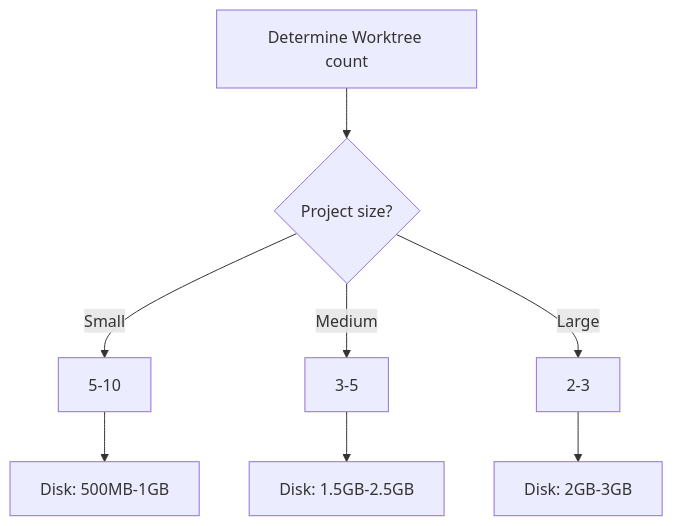
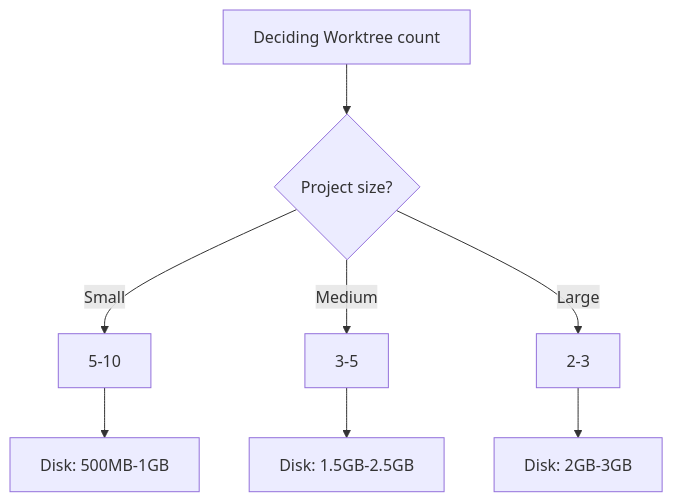
The eighth of 9 diagrams in docs-site/content/en/worktree/faq.md (modu-ai/moai-adk), drawn with Mermaid before and after one commit. The commit also changed other lines of this file and 395 other files, not shown here.

````diff
--- a/docs-site/content/en/worktree/faq.md
+++ b/docs-site/content/en/worktree/faq.md
@@ -453,11 +454,11 @@
 ```mermaid
 graph TD
-    A[Determine Worktree count] --> B{Project size?}
+    A[Deciding Worktree count] --> B{Project size?}
     B -->|Small| C[5-10]
     B -->|Medium| D[3-5]
     B -->|Large| E[2-3]
 
     C --> F[Disk: 500MB-1GB]
     D --> G[Disk: 1.5GB-2.5GB]
     E --> H[Disk: 2GB-3GB]
 ```
````
